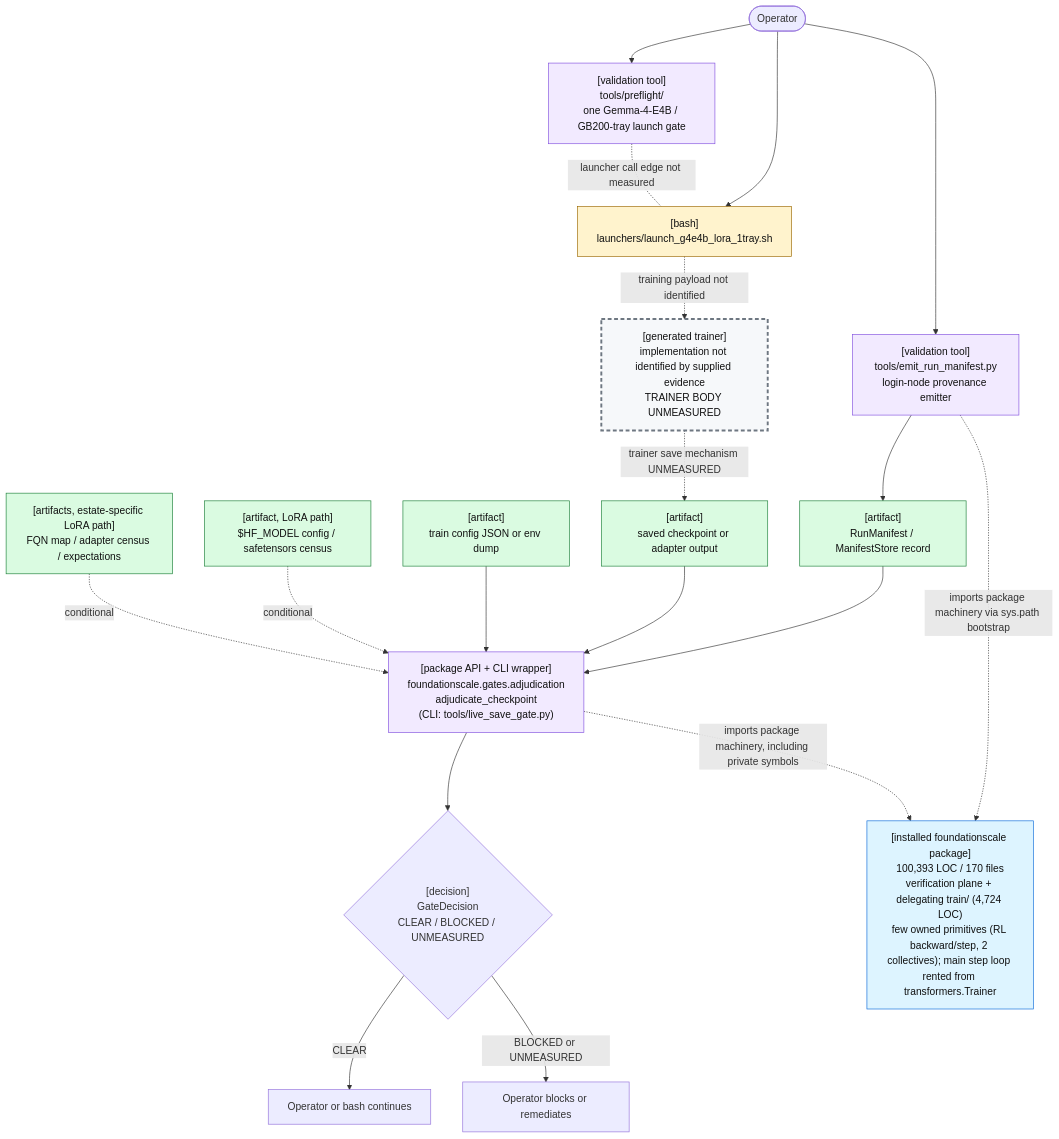
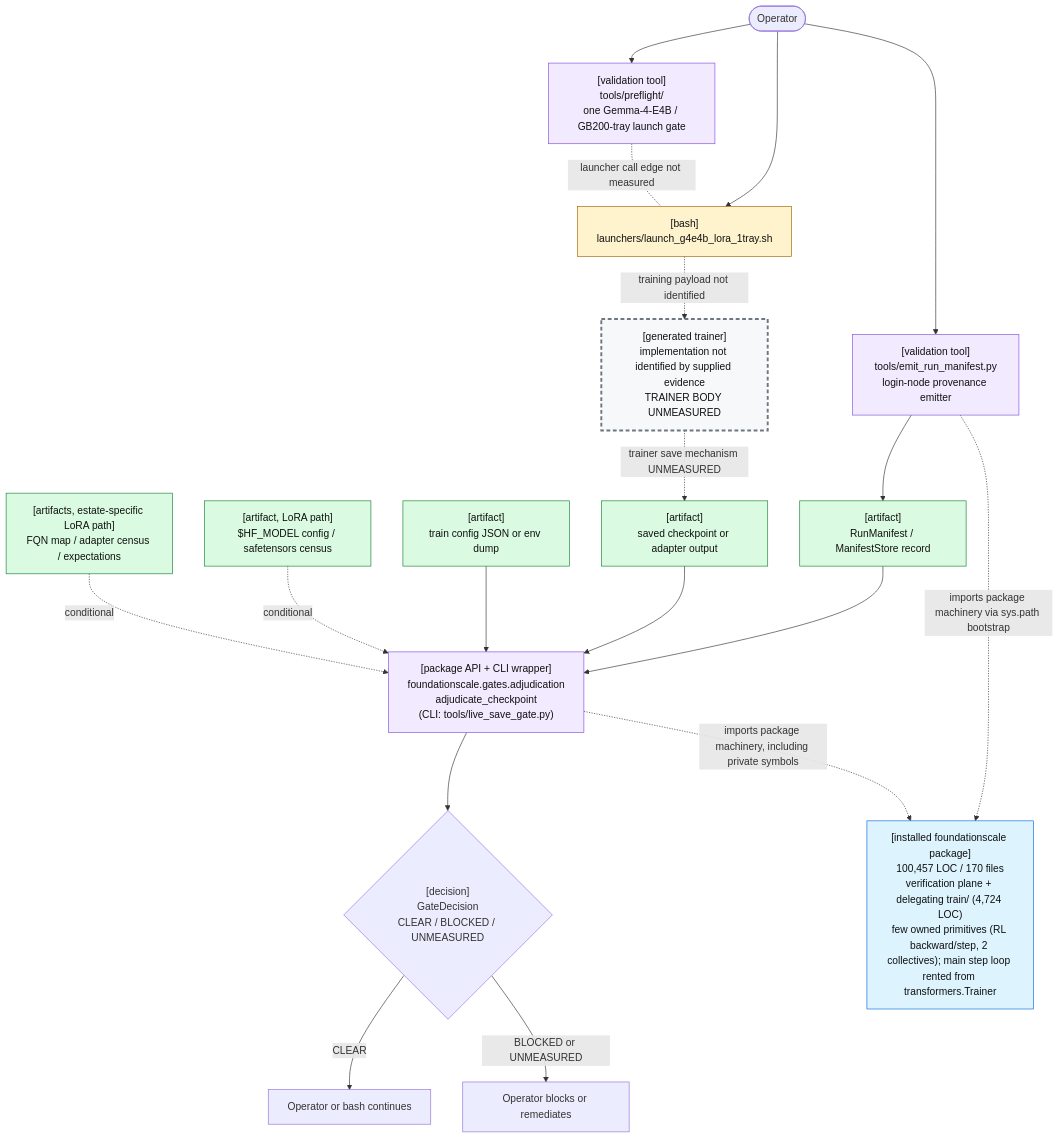
The first of 2 diagrams in docs/review/D2_current_architecture.md (TranNhiem/FoundationScale), drawn with Mermaid before and after one commit. The commit also changed other lines of this file and 10 other files, not shown here.

````diff
--- a/docs/review/D2_current_architecture.md
+++ b/docs/review/D2_current_architecture.md
@@ -25,59 +25,59 @@
 ```mermaid
 flowchart TB
   O(["Operator"])
 
   PF["[validation tool]<br/>tools/preflight/<br/>one Gemma-4-E4B / GB200-tray launch gate"]
   L["[bash]<br/>launchers/launch_g4e4b_lora_1tray.sh"]
 
   E["[validation tool]<br/>tools/emit_run_manifest.py<br/>login-node provenance emitter"]
   M["[artifact]<br/>RunManifest / ManifestStore record"]
 
   T["[generated trainer]<br/>implementation not identified by supplied evidence<br/>TRAINER BODY UNMEASURED"]
   C["[artifact]<br/>saved checkpoint or adapter output"]
 
   G["[package API + CLI wrapper]<br/>foundationscale.gates.adjudication<br/>adjudicate_checkpoint<br/>(CLI: tools/live_save_gate.py)"]
   CFG["[artifact]<br/>train config JSON or env dump"]
   BASE["[artifact, LoRA path]<br/>$HF_MODEL config / safetensors census"]
   CEN["[artifacts, estate-specific LoRA path]<br/>FQN map / adapter census / expectations"]
 
   D{"[decision]<br/>GateDecision<br/>CLEAR / BLOCKED / UNMEASURED"}
   OK["Operator or bash continues"]
   NO["Operator blocks or remediates"]
 
-  PKG["[installed foundationscale package]<br/>100,393 LOC / 170 files<br/>verification plane + delegating train/ (4,724 LOC)<br/>few owned primitives (RL backward/step, 2 collectives); main step loop rented from transformers.Trainer"]
+  PKG["[installed foundationscale package]<br/>100,457 LOC / 170 files<br/>verification plane + delegating train/ (4,724 LOC)<br/>few owned primitives (RL backward/step, 2 collectives); main step loop rented from transformers.Trainer"]
 
   O --> PF
   O --> L
   PF -. "launcher call edge not measured" .- L
 
   O --> E
   E --> M
 
   L -. "training payload not identified" .-> T
   T -. "trainer save mechanism UNMEASURED" .-> C
 
   M --> G
   C --> G
   CFG --> G
   BASE -. "conditional" .-> G
   CEN -. "conditional" .-> G
 
   E -. "imports package machinery via sys.path bootstrap" .-> PKG
   G -. "imports package machinery, including private symbols" .-> PKG
 
   G --> D
   D -->|"CLEAR"| OK
   D -->|"BLOCKED or UNMEASURED"| NO
 
   classDef bash fill:#fff3cd,stroke:#9a6700,color:#111;
   classDef tool fill:#f2eaff,stroke:#8250df,color:#111;
   classDef artifact fill:#dafbe1,stroke:#1a7f37,color:#111;
   classDef gap fill:#f6f8fa,stroke:#6e7781,stroke-width:3px,stroke-dasharray: 6 4,color:#111;
   classDef pkg fill:#ddf4ff,stroke:#0969da,color:#111;
 
   class L bash;
   class PF,E,G tool;
   class M,C,CFG,BASE,CEN artifact;
   class T gap;
   class PKG pkg;
 ```
````
